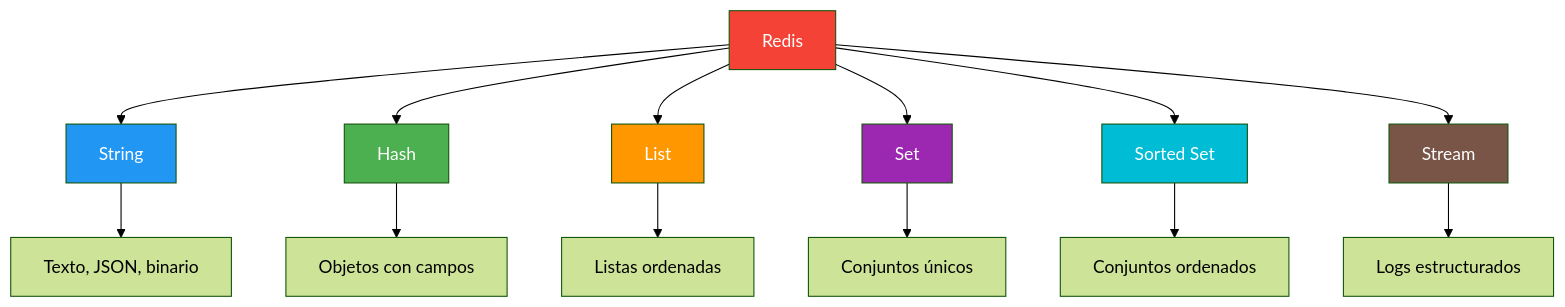
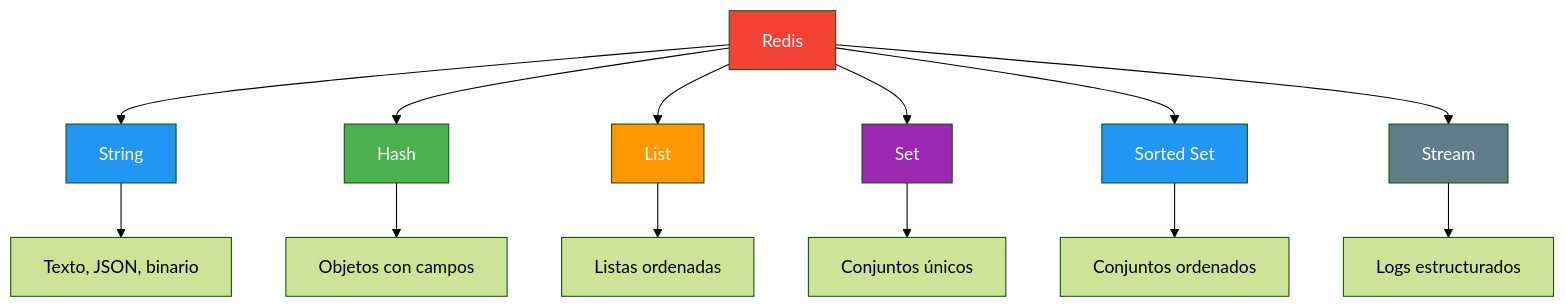
Diagram 12 of 17 in 14-cache-redis.md (joseluisgs/DesarrolloWebEntornosServidor-02-2026-2027), drawn with Mermaid (forest theme) before and after one commit. The commit also changed other lines of this file and 15 other files, not shown here.

````diff
--- a/14-cache-redis.md
+++ b/14-cache-redis.md
@@ -437,22 +437,22 @@
 ```mermaid
 flowchart TD
     A["Redis"] --> B["String"]
     A --> C["Hash"]
     A --> D["List"]
     A --> E["Set"]
     A --> F["Sorted Set"]
     A --> G["Stream"]
     B --> B1["Texto, JSON, binario"]
     C --> C1["Objetos con campos"]
     D --> D1["Listas ordenadas"]
     E --> E1["Conjuntos únicos"]
     F --> F1["Conjuntos ordenados"]
     G --> G1["Logs estructurados"]
     style A fill:#F44336,color:#fff
     style B fill:#2196F3,color:#fff
     style C fill:#4CAF50,color:#fff
     style D fill:#FF9800,color:#fff
     style E fill:#9C27B0,color:#fff
-    style F fill:#00BCD4,color:#fff
-    style G fill:#795548,color:#fff
+    style F fill:#2196F3,color:#fff
+    style G fill:#607D8B,color:#fff
 ```
````
